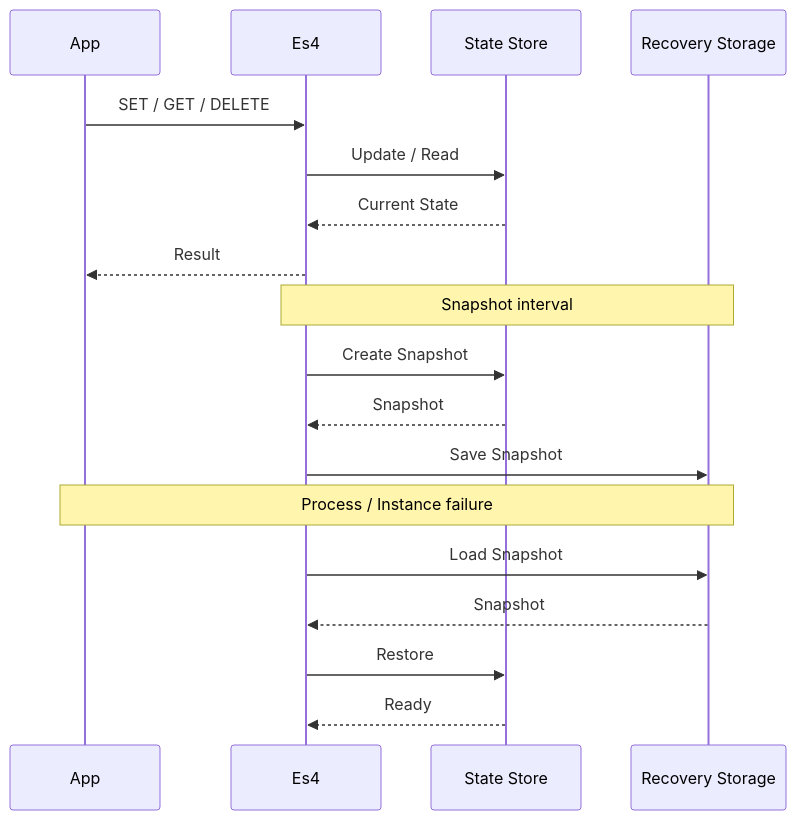
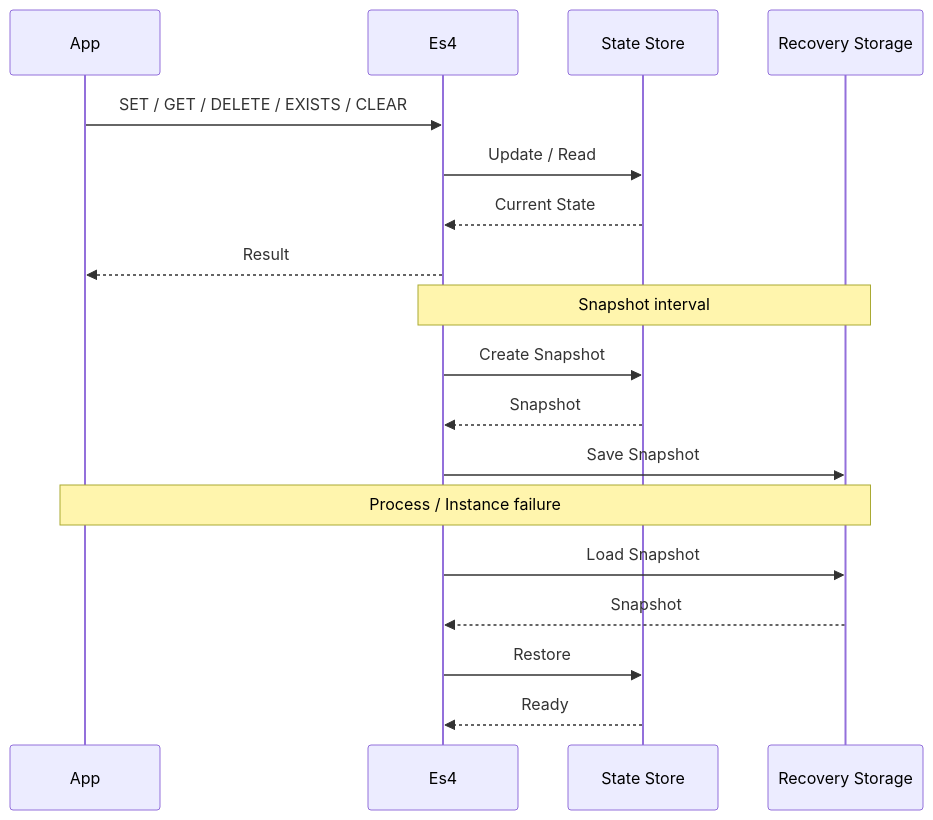
The second of 4 diagrams in docs/README.md (b4moss/es4), drawn with Mermaid before and after one commit. The commit also changed other lines of this file and 8 other files, not shown here.

````diff
--- a/docs/README.md
+++ b/docs/README.md
@@ -66,25 +66,25 @@
 ```mermaid
 sequenceDiagram
     participant App
     participant Es4
     participant State as State Store
     participant Recovery as Recovery Storage
 
-    App->>Es4: SET / GET / DELETE
+    App->>Es4: SET / GET / DELETE / EXISTS / CLEAR
     Es4->>State: Update / Read
     State-->>Es4: Current State
     Es4-->>App: Result
 
     Note over Es4,Recovery: Snapshot interval
 
     Es4->>State: Create Snapshot
     State-->>Es4: Snapshot
     Es4->>Recovery: Save Snapshot
 
     Note over App,Recovery: Process / Instance failure
 
     Es4->>Recovery: Load Snapshot
     Recovery-->>Es4: Snapshot
     Es4->>State: Restore
     State-->>Es4: Ready
 ```
````
